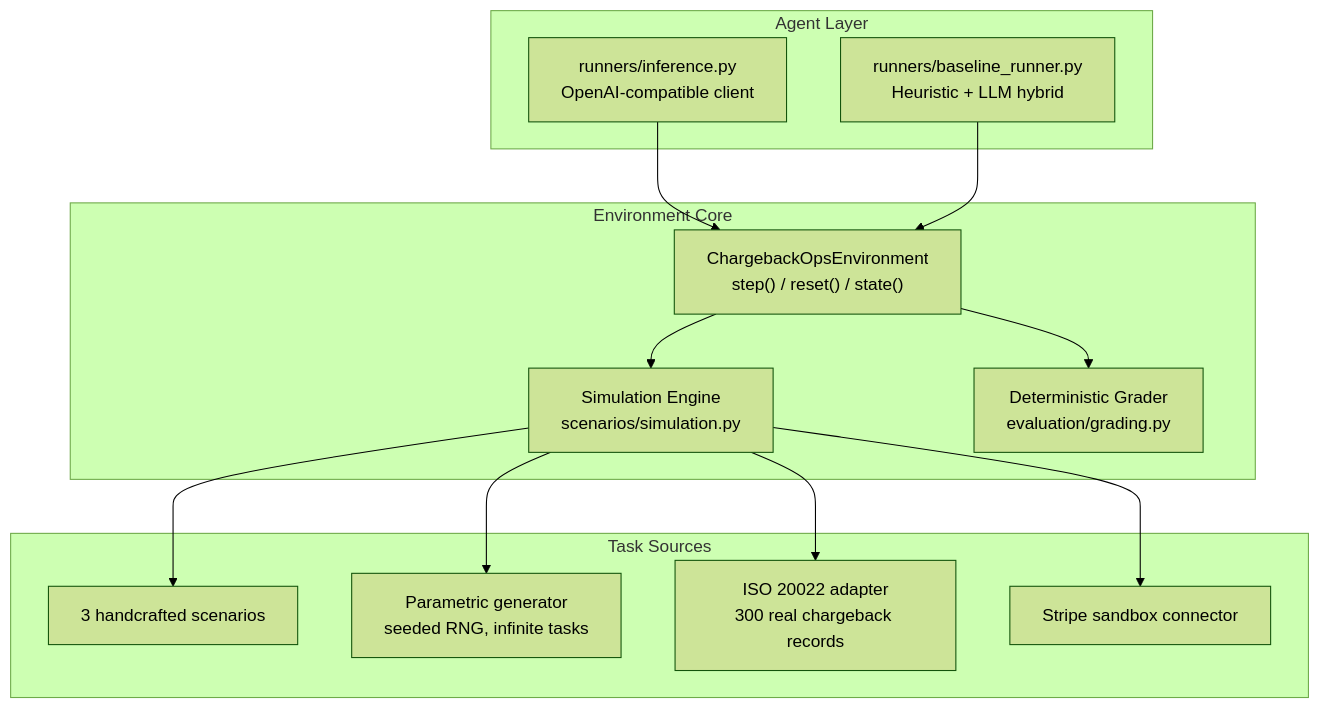
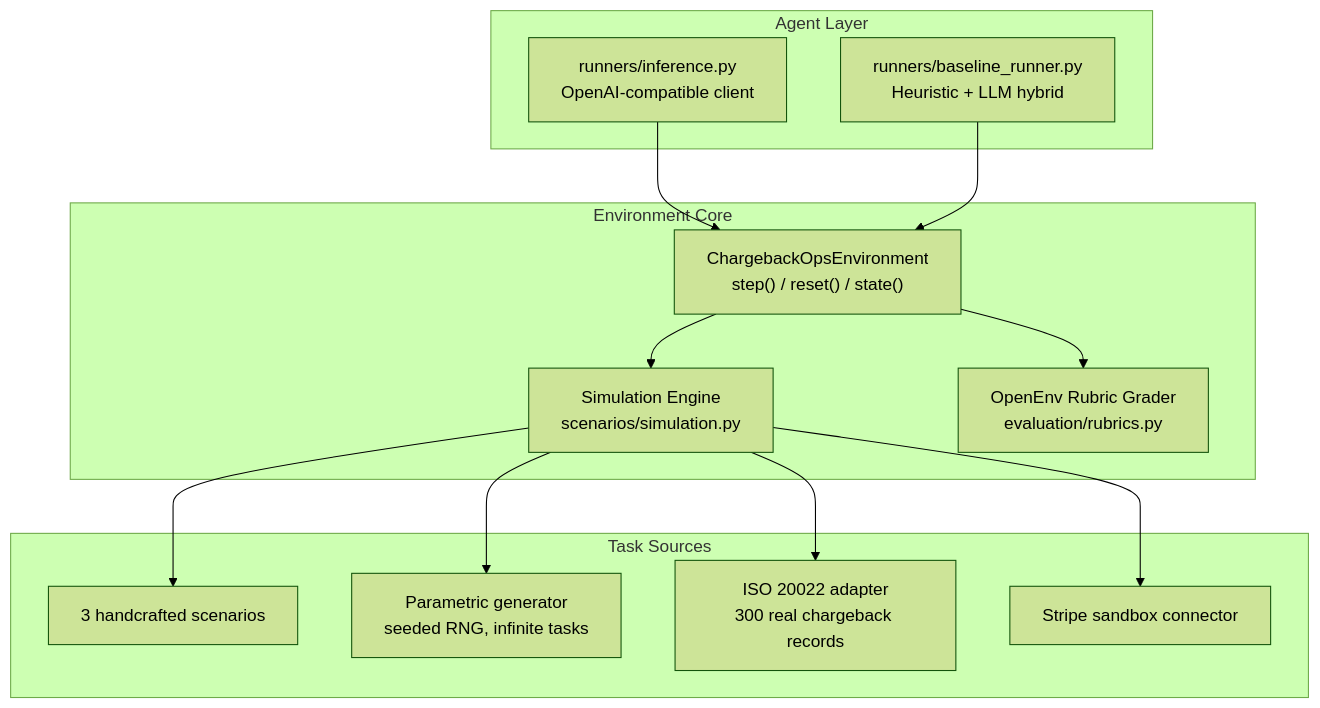
The first of 2 diagrams in README.md (MitudruDutta/chargebackops), drawn with Mermaid (forest theme) before and after one commit. The commit also changed other lines of this file and 7 other files, not shown here.

First line of the commit message:
refactor: build grading on OpenEnv Rubric system

````diff
--- a/README.md
+++ b/README.md
@@ -23,29 +23,29 @@
 ```mermaid
 graph TB
     subgraph Agent["Agent Layer"]
         INF["runners/inference.py\nOpenAI-compatible client"]
         BL["runners/baseline_runner.py\nHeuristic + LLM hybrid"]
     end
 
     subgraph Core["Environment Core"]
         ENV["ChargebackOpsEnvironment\nstep() / reset() / state()"]
         SIM["Simulation Engine\nscenarios/simulation.py"]
-        GRD["Deterministic Grader\nevaluation/grading.py"]
+        GRD["OpenEnv Rubric Grader\nevaluation/rubrics.py"]
     end
 
     subgraph Tasks["Task Sources"]
         FIXED["3 handcrafted scenarios"]
         GEN["Parametric generator\nseeded RNG, infinite tasks"]
         ISO["ISO 20022 adapter\n300 real chargeback records"]
         STRIPE["Stripe sandbox connector"]
     end
 
     INF --> ENV
     BL --> ENV
     ENV --> SIM
     ENV --> GRD
     SIM --> FIXED
     SIM --> GEN
     SIM --> ISO
     SIM --> STRIPE
 ```
````
